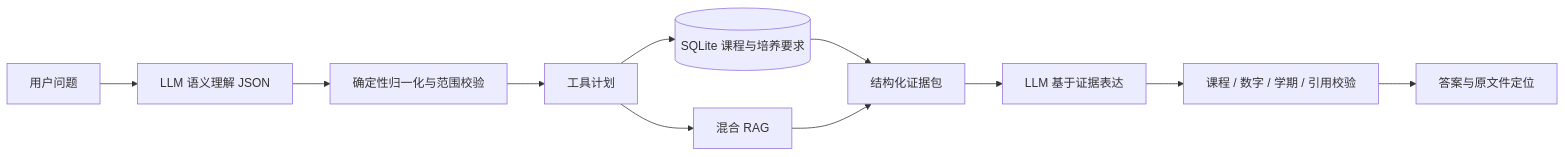
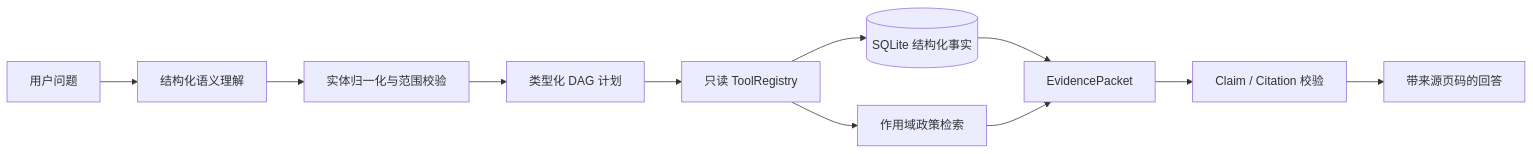
Before and after one commit to ZorIgn/swufe-rag: the diagram in README.md, drawn with Mermaid. The commit also changed other lines of this file and 199 other files, not shown here.

````diff
--- a/README.md
+++ b/README.md
@@ -41,13 +43,13 @@
 ```mermaid
 flowchart LR
-    Q[用户问题] --> U[LLM 语义理解 JSON]
-    U --> N[确定性归一化与范围校验]
-    N --> P[工具计划]
-    P --> S[(SQLite 课程与培养要求)]
-    P --> R[混合 RAG]
-    S --> E[结构化证据包]
+    Q[用户问题] --> U[结构化语义理解]
+    U --> N[实体归一化与范围校验]
+    N --> P[类型化 DAG 计划]
+    P --> T[只读 ToolRegistry]
+    T --> S[(SQLite 结构化事实)]
+    T --> R[作用域政策检索]
+    S --> E[EvidencePacket]
     R --> E
-    E --> G[LLM 基于证据表达]
-    G --> V[课程 / 数字 / 学期 / 引用校验]
-    V --> A[答案与原文件定位]
+    E --> V[Claim / Citation 校验]
+    V --> A[带来源页码的回答]
 ```
````
